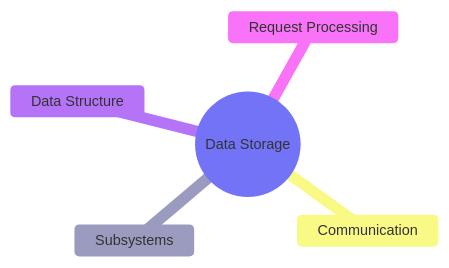
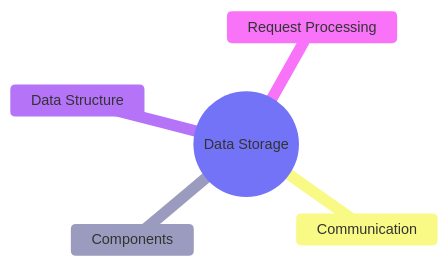
The diagram in content/_index.md (2bits-web/4degrees), drawn with Mermaid before and after one commit. The commit also changed other lines of this file and 1 other file, not shown here.

Commit message:
Update Intro

```diff
--- a/content/_index.md
+++ b/content/_index.md
@@ -17,9 +17,9 @@
 {{<mermaid>}}
 %%{init:{"theme":"neo"}}%%
 mindmap
 ((Data Storage))
-  Subsystems
+  Components
   Communication
   Data Structure
   Request Processing
 {{</mermaid>}}
```
